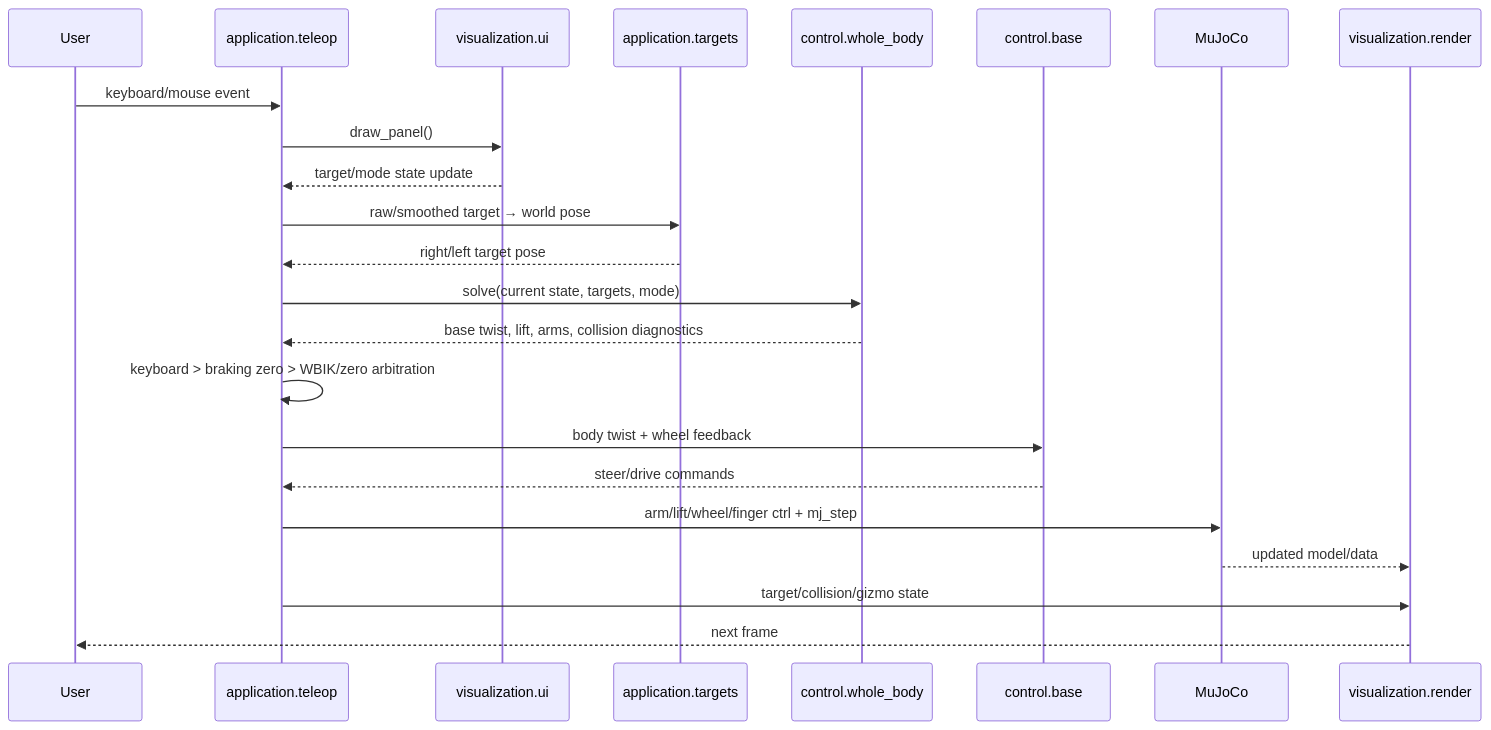
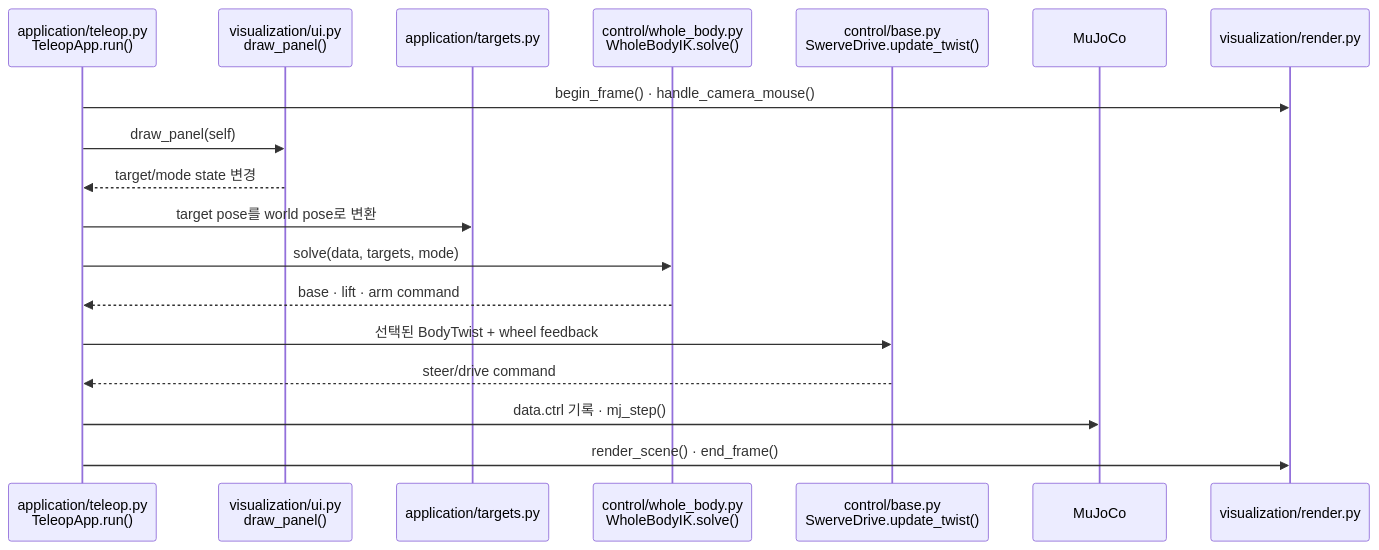
The third of 3 diagrams in docs/overview.md (Geonhee-LEE/aiworker-mj-lab), drawn with Mermaid before and after one commit. The commit also changed other lines of this file and 54 other files, not shown here.

````diff
--- a/docs/overview.md
+++ b/docs/overview.md
@@ -97,26 +80,21 @@
 ```mermaid
 sequenceDiagram
-    participant User
-    participant App as application.teleop
-    participant UI as visualization.ui
-    participant Targets as application.targets
-    participant IK as control.whole_body
-    participant Base as control.base
-    participant Physics as MuJoCo
-    participant Render as visualization.render
+    participant App as application/teleop.py<br>TeleopApp.run()
+    participant UI as visualization/ui.py<br>draw_panel()
+    participant Target as application/targets.py
+    participant IK as control/whole_body.py<br>WholeBodyIK.solve()
+    participant Base as control/base.py<br>SwerveDrive.update_twist()
+    participant MJ as MuJoCo
+    participant Render as visualization/render.py
 
-    User->>App: keyboard/mouse event
-    App->>UI: draw_panel()
-    UI-->>App: target/mode state update
-    App->>Targets: raw/smoothed target → world pose
-    Targets-->>App: right/left target pose
-    App->>IK: solve(current state, targets, mode)
-    IK-->>App: base twist, lift, arms, collision diagnostics
-    App->>App: keyboard > braking zero > WBIK/zero arbitration
-    App->>Base: body twist + wheel feedback
-    Base-->>App: steer/drive commands
-    App->>Physics: arm/lift/wheel/finger ctrl + mj_step
-    Physics-->>Render: updated model/data
-    App->>Render: target/collision/gizmo state
-    Render-->>User: next frame
+    App->>Render: begin_frame() · handle_camera_mouse()
+    App->>UI: draw_panel(self)
+    UI-->>App: target/mode state 변경
+    App->>Target: target pose를 world pose로 변환
+    App->>IK: solve(data, targets, mode)
+    IK-->>App: base · lift · arm command
+    App->>Base: 선택된 BodyTwist + wheel feedback
+    Base-->>App: steer/drive command
+    App->>MJ: data.ctrl 기록 · mj_step()
+    App->>Render: render_scene() · end_frame()
 ```
````
